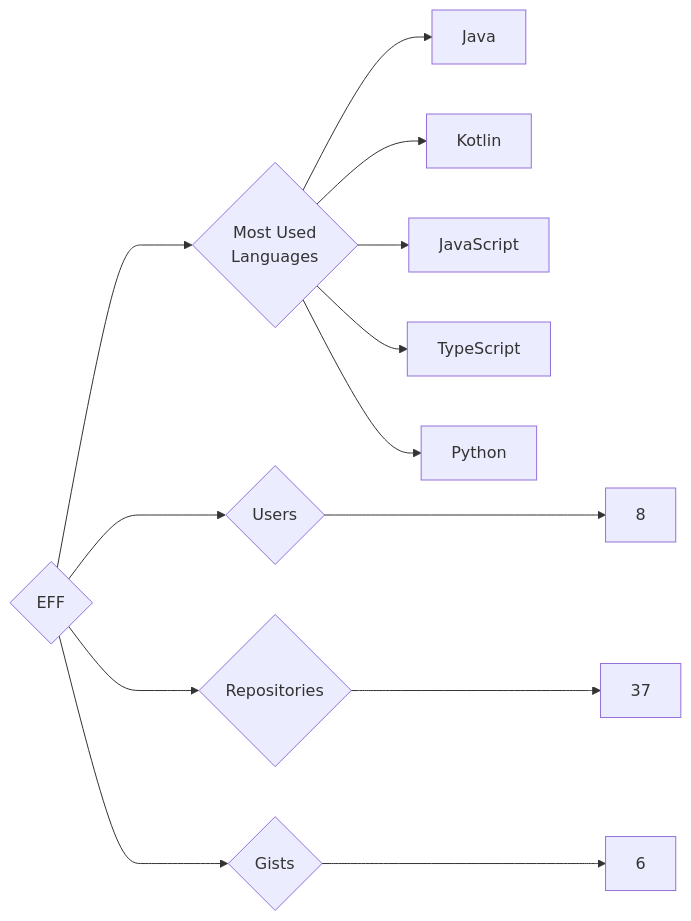
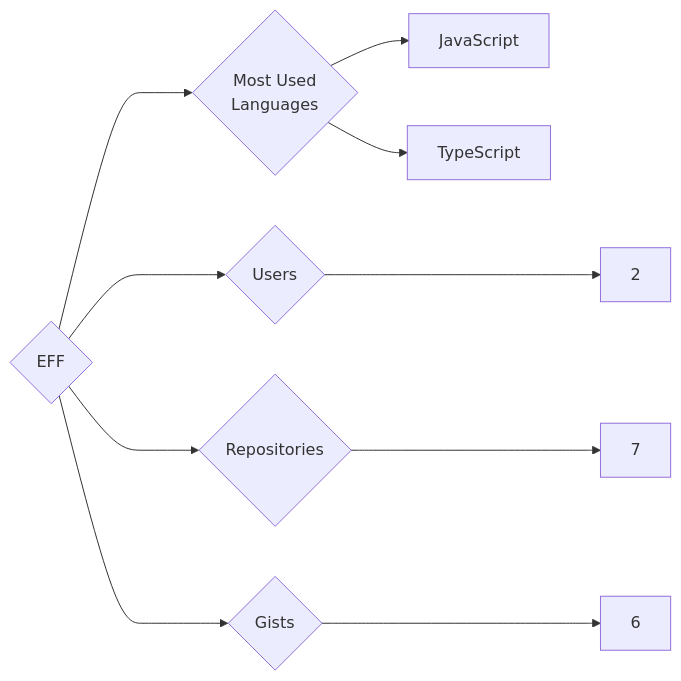
The diagram in targets/EFF/README.md (trickest/insiders), drawn with Mermaid before and after one commit. The commit also changed 815 other files, not shown here.

````diff
--- a/targets/EFF/README.md
+++ b/targets/EFF/README.md
@@ -3,13 +3,10 @@
 ```mermaid
 graph LR
 COMPANY_NAME{EFF}
-COMPANY_NAME ---> U{Users} ---> UN[8]
-COMPANY_NAME ---> R{Repositories} ---> RN[37]
+COMPANY_NAME ---> U{Users} ---> UN[2]
+COMPANY_NAME ---> R{Repositories} ---> RN[7]
 COMPANY_NAME ---> G{Gists} ---> GN[6]
 COMPANY_NAME ---> ML{Most Used<br>Languages}
-ML --> Java[Java]
-ML --> Kotlin[Kotlin]
 ML --> JavaScript[JavaScript]
 ML --> TypeScript[TypeScript]
-ML --> Python[Python]
 ```
````
